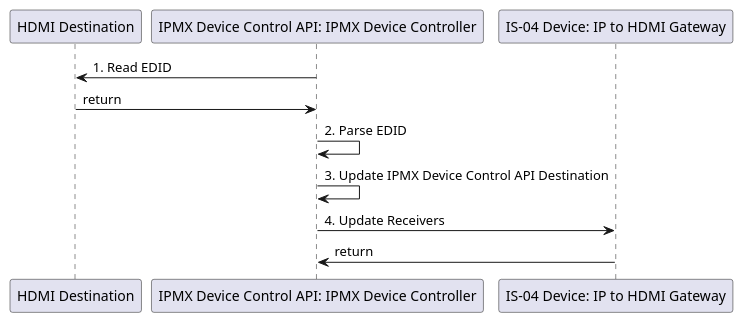
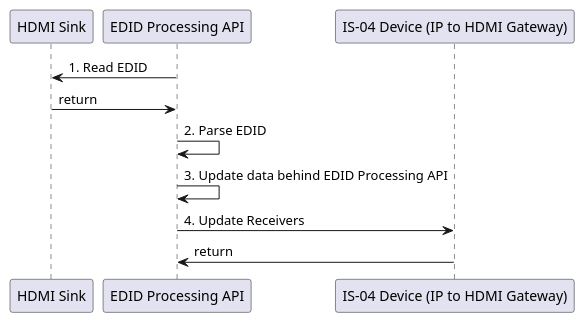
The diagram in docs/images/puml/decoder_setup.puml (AMWA-TV/bcp-005-01), drawn with PlantUML before and after one commit. The commit also changed 41 other files, not shown here.

First line of the commit message:
EDID Processing API and proofreading (#37)

```diff
--- a/docs/images/puml/decoder_setup.puml
+++ b/docs/images/puml/decoder_setup.puml
@@ -1,12 +1,12 @@
 @startuml
-participant "HDMI Destination"
-participant "IPMX Device Control API: IPMX Device Controller"
-participant "IS-04 Device: IP to HDMI Gateway"
+participant "HDMI Sink"
+participant "EDID Processing API"
+participant "IS-04 Device (IP to HDMI Gateway)"
 
-"HDMI Destination" <- "IPMX Device Control API: IPMX Device Controller": 1. Read EDID
-"HDMI Destination" -> "IPMX Device Control API: IPMX Device Controller": return
-"IPMX Device Control API: IPMX Device Controller" -> "IPMX Device Control API: IPMX Device Controller": 2. Parse EDID
-"IPMX Device Control API: IPMX Device Controller" -> "IPMX Device Control API: IPMX Device Controller": 3. Update IPMX Device Control API Destination
-"IS-04 Device: IP to HDMI Gateway" <- "IPMX Device Control API: IPMX Device Controller": 4. Update Receivers
-"IS-04 Device: IP to HDMI Gateway" -> "IPMX Device Control API: IPMX Device Controller": return
+"HDMI Sink" <- "EDID Processing API": 1. Read EDID
+"HDMI Sink" -> "EDID Processing API": return
+"EDID Processing API" -> "EDID Processing API": 2. Parse EDID
+"EDID Processing API" -> "EDID Processing API": 3. Update data behind EDID Processing API
+"IS-04 Device (IP to HDMI Gateway)" <- "EDID Processing API": 4. Update Receivers
+"IS-04 Device (IP to HDMI Gateway)" -> "EDID Processing API": return
 @enduml
```
